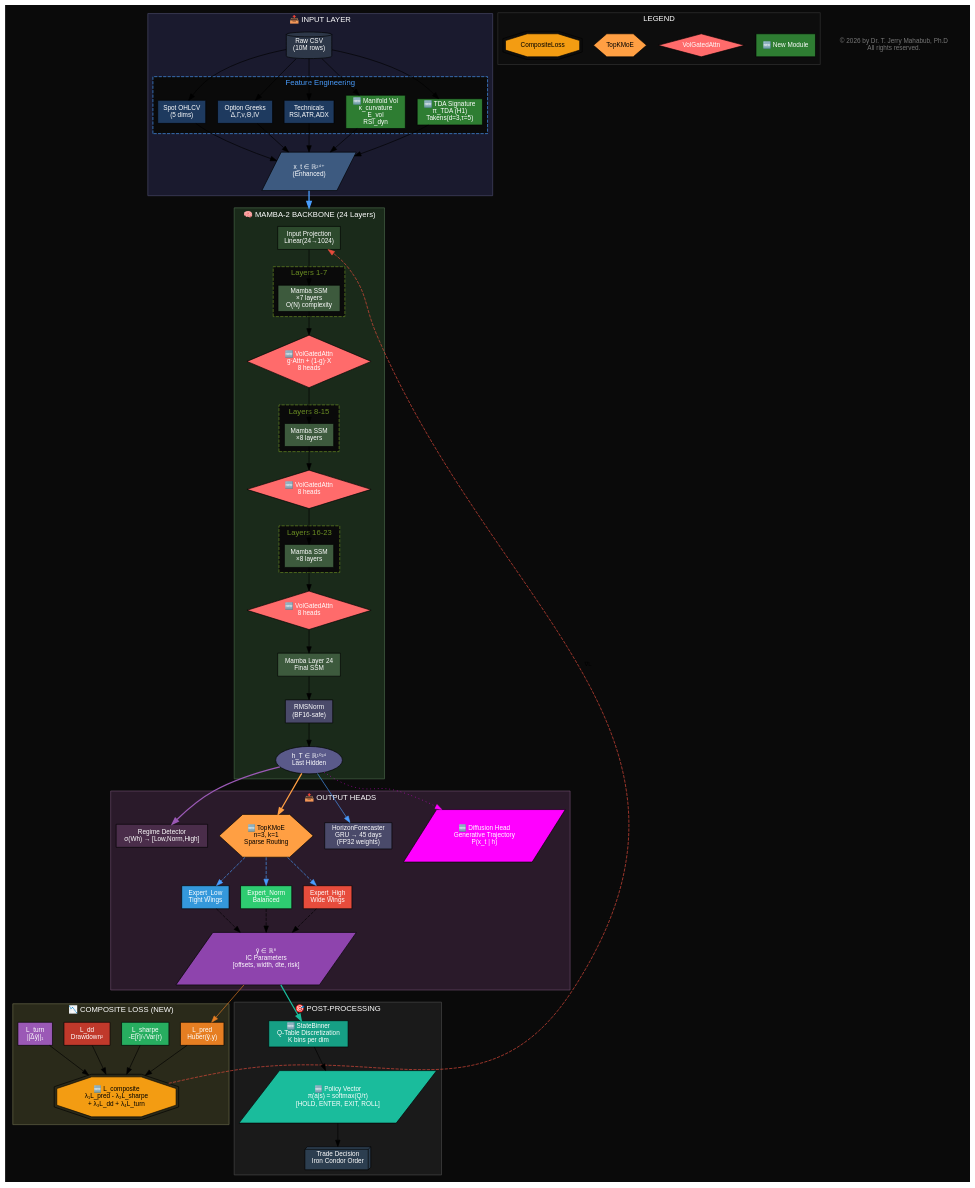
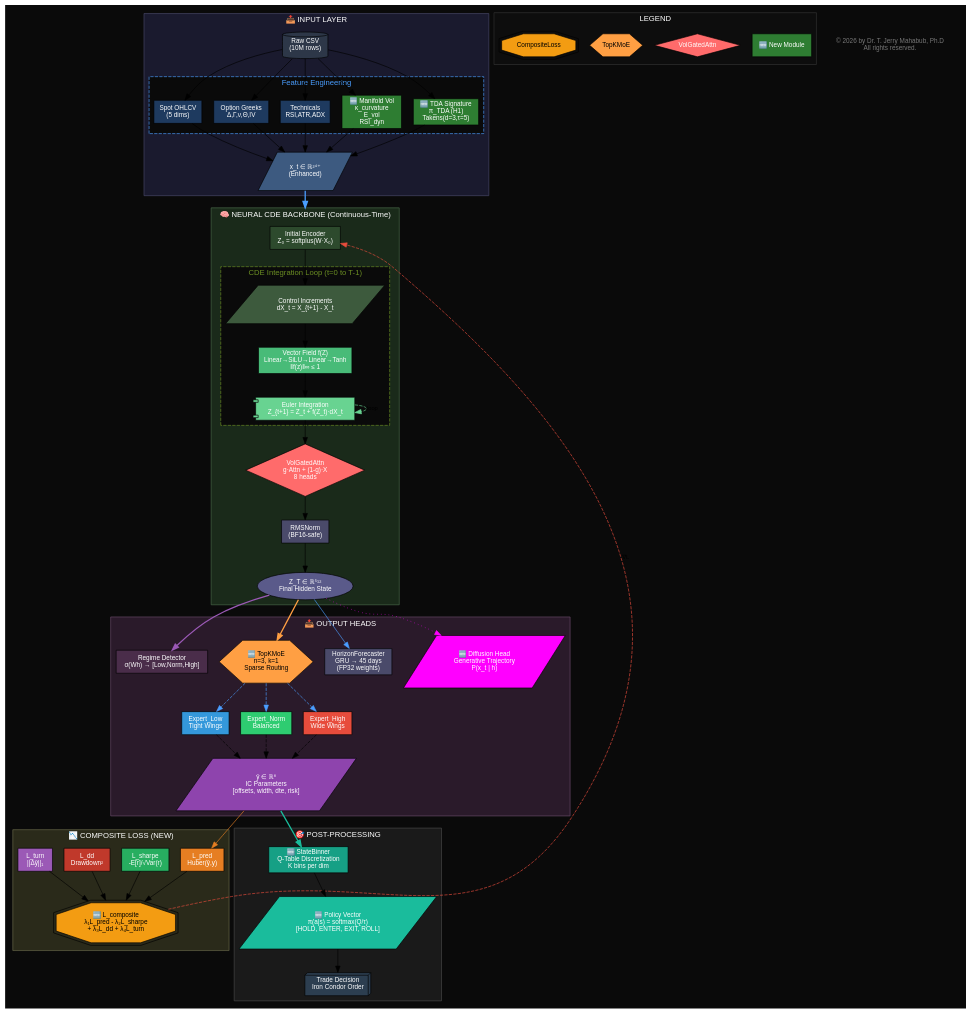
One commit to trextrader/spy-iron-condor-trading changed the diagram in docs/architecture/enhanced_architecture.dot. Above: the diagram before and after it, drawn with Graphviz. The commit also changed 49 other files, not shown here.

Commit message:
docs: Comprehensive migration to Neural CDE across all specifications and diagrams

```diff
--- a/docs/architecture/enhanced_architecture.dot
+++ b/docs/architecture/enhanced_architecture.dot
@@ -1,7 +1,7 @@
 /*
- * CondorBrain Enhanced Architecture (v2.2)
- * Technical Graphviz Diagram - Model Training Pipeline with Advanced Enhancements
- * 
+ * CondorBrain Enhanced Architecture (v3.0 - Neural CDE)
+ * Technical Graphviz Diagram - Model Training Pipeline with Neural CDE Backbone
+ *
  * Compile: dot -Tpng enhanced_architecture.dot -o enhanced_architecture.png
  */
 
@@ -60,66 +60,44 @@
     }
     
     // ==========================================================================
-    // MAMBA BACKBONE WITH ENHANCEMENTS
+    // NEURAL CDE BACKBONE
     // ==========================================================================
     subgraph cluster_backbone {
-        label="🧠 MAMBA-2 BACKBONE (24 Layers)";
+        label="🧠 NEURAL CDE BACKBONE (Continuous-Time)";
         style=filled;
         fillcolor="#1a2a1a";
         fontcolor=white;
         color="#4a6a4a";
-        
-        input_proj [label="Input Projection\nLinear(24→1024)", shape=box, fillcolor="#2d4a2d", style=filled, fontcolor=white];
-        
-        // Layer blocks with VolGatedAttn
-        subgraph cluster_layers_1_7 {
-            label="Layers 1-7";
+
+        // Initial Encoder
+        init_encoder [label="Initial Encoder\nZ₀ = softplus(W·X₀)", shape=box, fillcolor="#2d4a2d", style=filled, fontcolor=white];
+
+        // CDE Integration Loop
+        subgraph cluster_cde_loop {
+            label="CDE Integration Loop (t=0 to T-1)";
             style=dashed;
             color="#6b8e23";
             fontcolor="#6b8e23";
-            
-            mamba_1_7 [label="Mamba SSM\n×7 layers\nO(N) complexity", shape=box, fillcolor="#3d5a3d", style=filled, fontcolor=white];
+
+            control_incr [label="Control Increments\ndX_t = X_{t+1} - X_t", shape=parallelogram, fillcolor="#3d5a3d", style=filled, fontcolor=white];
+
+            vec_field [label="Vector Field f(Z)\nLinear→SiLU→Linear→Tanh\n‖f(z)‖∞ ≤ 1", shape=box, fillcolor="#48bb78", style=filled, fontcolor=white];
+
+            euler_step [label="Euler Integration\nZ_{t+1} = Z_t + f(Z_t)·dX_t", shape=component, fillcolor="#68d391", style=filled, fontcolor=white];
         }
-        
-        vol_attn_1 [label="🆕 VolGatedAttn\ng·Attn + (1-g)·X\n8 heads", shape=diamond, fillcolor="#ff6b6b", style=filled, fontcolor=white];
-        
-        subgraph cluster_layers_8_15 {
-            label="Layers 8-15";
-            style=dashed;
-            color="#6b8e23";
-            fontcolor="#6b8e23";
-            
-            mamba_8_15 [label="Mamba SSM\n×8 layers", shape=box, fillcolor="#3d5a3d", style=filled, fontcolor=white];
-        }
-        
-        vol_attn_2 [label="🆕 VolGatedAttn\n8 heads", shape=diamond, fillcolor="#ff6b6b", style=filled, fontcolor=white];
-        
-        subgraph cluster_layers_16_23 {
-            label="Layers 16-23";
-            style=dashed;
-            color="#6b8e23";
-            fontcolor="#6b8e23";
-            
-            mamba_16_23 [label="Mamba SSM\n×8 layers", shape=box, fillcolor="#3d5a3d", style=filled, fontcolor=white];
-        }
-        
-        vol_attn_3 [label="🆕 VolGatedAttn\n8 heads", shape=diamond, fillcolor="#ff6b6b", style=filled, fontcolor=white];
-        
-        // Layer 24
-        mamba_24 [label="Mamba Layer 24\nFinal SSM", shape=box, fillcolor="#3d5a3d", style=filled, fontcolor=white];
-        
+
+        vol_attn_1 [label="VolGatedAttn\ng·Attn + (1-g)·X\n8 heads", shape=diamond, fillcolor="#ff6b6b", style=filled, fontcolor=white];
+
         rms_norm [label="RMSNorm\n(BF16-safe)", shape=box, fillcolor="#4a4a6a", style=filled, fontcolor=white];
-        
-        last_hidden [label="h_T ∈ ℝ¹⁰²⁴\nLast Hidden", shape=ellipse, fillcolor="#5a5a8a", style=filled, fontcolor=white];
-        
-        input_proj -> mamba_1_7;
-        mamba_1_7 -> vol_attn_1;
-        vol_attn_1 -> mamba_8_15;
-        mamba_8_15 -> vol_attn_2;
-        vol_attn_2 -> mamba_16_23;
-        mamba_16_23 -> vol_attn_3;
-        vol_attn_3 -> mamba_24;
-        mamba_24 -> rms_norm;
+
+        last_hidden [label="Z_T ∈ ℝ⁵¹²\nFinal Hidden State", shape=ellipse, fillcolor="#5a5a8a", style=filled, fontcolor=white];
+
+        init_encoder -> control_incr;
+        control_incr -> vec_field;
+        vec_field -> euler_step;
+        euler_step -> euler_step [label="loop", style=dashed, color="#68d391"];
+        euler_step -> vol_attn_1;
+        vol_attn_1 -> rms_norm;
         rms_norm -> last_hidden;
     }
     
@@ -204,14 +182,14 @@
     // ==========================================================================
     // CONNECTIONS
     // ==========================================================================
-    feature_vec -> input_proj [lhead=cluster_backbone, color="#4a9eff", penwidth=2];
+    feature_vec -> init_encoder [lhead=cluster_backbone, color="#4a9eff", penwidth=2];
     last_hidden -> regime_detector [color="#9b59b6", penwidth=2];
     last_hidden -> topk_moe [color="#ff9f43", penwidth=2];
     last_hidden -> horizon_forecast [color="#4a9eff"];
     last_hidden -> diffusion_head [color="#FF00FF", style=dotted];
     ic_params -> loss_pred [color="#e67e22"];
     ic_params -> state_binner [color="#1abc9c", penwidth=2];
-    composite_loss -> input_proj [label="∇L", style=dashed, color="#e74c3c", constraint=false];
+    composite_loss -> init_encoder [label="∇L", style=dashed, color="#e74c3c", constraint=false];
     
     // ==========================================================================
     // LEGEND
```
